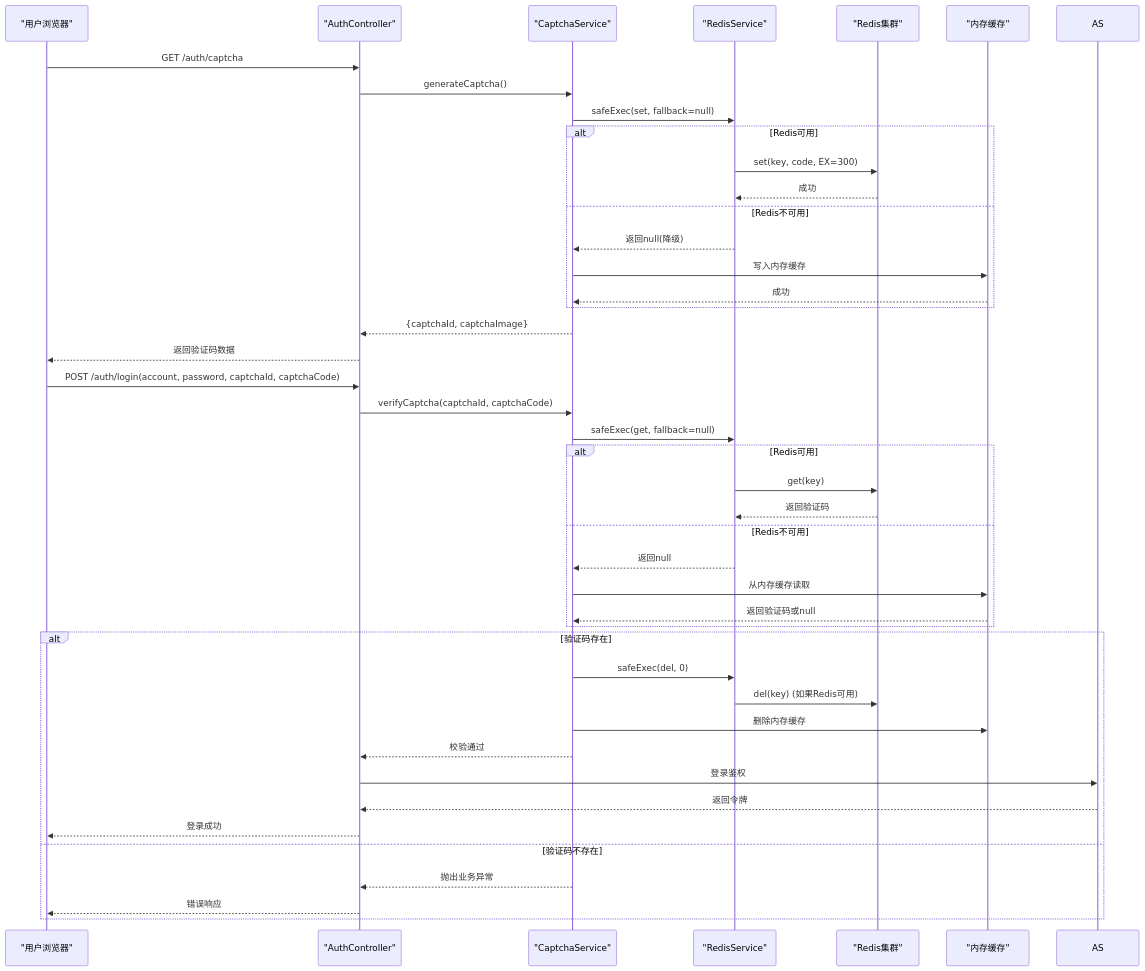
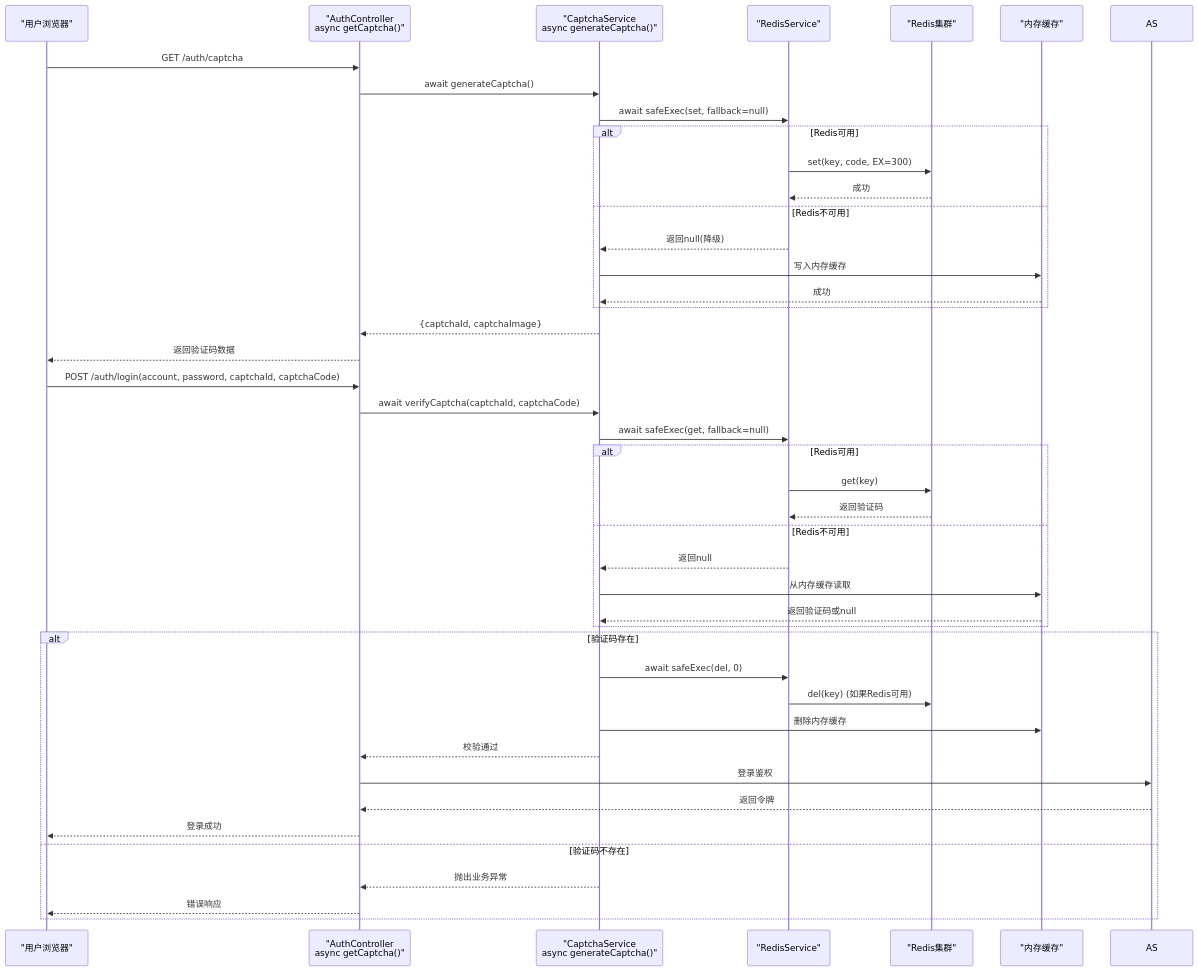
The second of 8 diagrams in .qoder/repowiki/zh/content/后端系统/认证授权系统/验证码系统.md (translateServers/nodes-stack), drawn with Mermaid before and after one commit. The commit also changed other lines of this file and 5 other files, not shown here.

````diff
--- a/.qoder/repowiki/zh/content/后端系统/认证授权系统/验证码系统.md
+++ b/.qoder/repowiki/zh/content/后端系统/认证授权系统/验证码系统.md
@@ -94,45 +97,45 @@
 ```mermaid
 sequenceDiagram
 participant U as "用户浏览器"
-participant C as "AuthController"
-participant S as "CaptchaService"
+participant C as "AuthController<br/>async getCaptcha()"
+participant S as "CaptchaService<br/>async generateCaptcha()"
 participant R as "RedisService"
 participant RC as "Redis集群"
 participant M as "内存缓存"
 U->>C : GET /auth/captcha
-C->>S : generateCaptcha()
-S->>R : safeExec(set, fallback=null)
+C->>S : await generateCaptcha()
+S->>R : await safeExec(set, fallback=null)
 alt Redis可用
 R->>RC : set(key, code, EX=300)
 RC-->>R : 成功
 else Redis不可用
 R-->>S : 返回null(降级)
 S->>M : 写入内存缓存
 M-->>S : 成功
 end
 S-->>C : {captchaId, captchaImage}
 C-->>U : 返回验证码数据
 U->>C : POST /auth/login(account, password, captchaId, captchaCode)
-C->>S : verifyCaptcha(captchaId, captchaCode)
-S->>R : safeExec(get, fallback=null)
+C->>S : await verifyCaptcha(captchaId, captchaCode)
+S->>R : await safeExec(get, fallback=null)
 alt Redis可用
 R->>RC : get(key)
 RC-->>R : 返回验证码
 else Redis不可用
 R-->>S : 返回null
 S->>M : 从内存缓存读取
 M-->>S : 返回验证码或null
 end
 alt 验证码存在
-S->>R : safeExec(del, 0)
+S->>R : await safeExec(del, 0)
 R->>RC : del(key) (如果Redis可用)
 S->>M : 删除内存缓存
 S-->>C : 校验通过
 C->>AS : 登录鉴权
 AS-->>C : 返回令牌
 C-->>U : 登录成功
 else 验证码不存在
 S-->>C : 抛出业务异常
 C-->>U : 错误响应
 end
 ```
````
